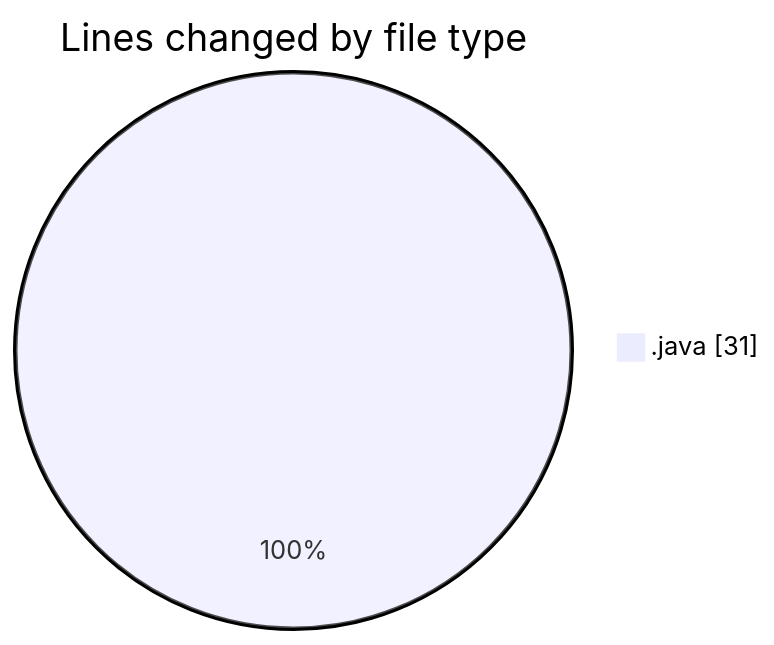
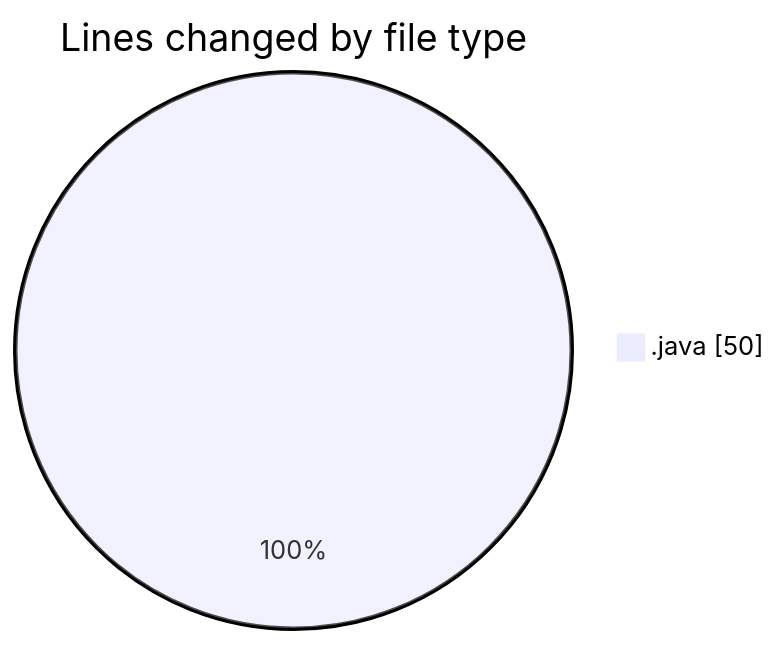
Before and after one commit to hasnaa123/code-tracking: the first of 2 diagrams in 2026-03-14/multi_client_chat/README.md, drawn with Mermaid. The commit also changed other lines of this file and 1 other file, not shown here.

````diff
--- a/2026-03-14/multi_client_chat/README.md
+++ b/2026-03-14/multi_client_chat/README.md
@@ -21,5 +22,5 @@
 ```mermaid
 pie showData
 title Lines changed by file type
-".java" : 31
+".java" : 50
 ```
````
